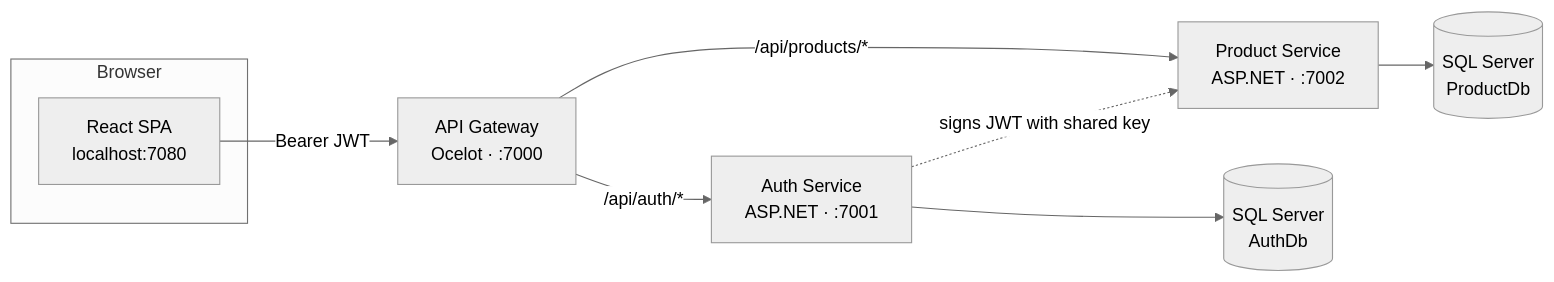
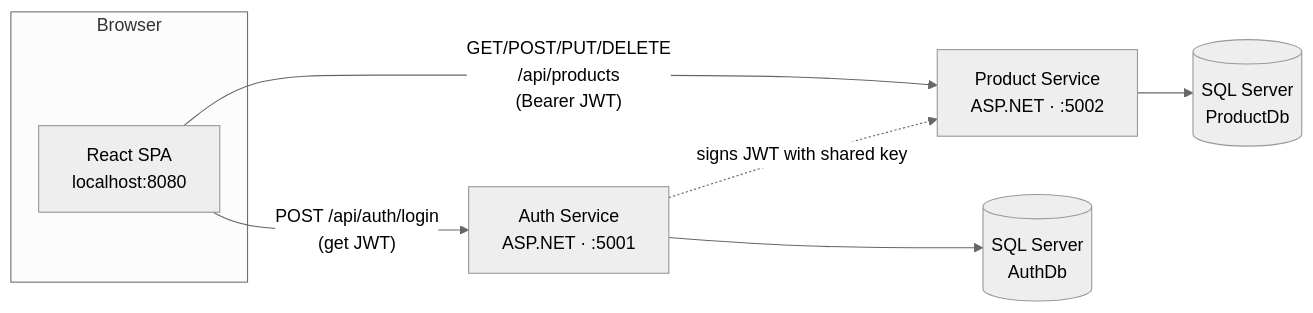
Before and after one commit to longndt/amd201: the diagram in Microservice_Docker_CICD/README.md, drawn with Mermaid (neutral theme). The commit also changed other lines of this file and 38 other files, not shown here.

````diff
--- a/Microservice_Docker_CICD/README.md
+++ b/Microservice_Docker_CICD/README.md
@@ -140,15 +121,14 @@
 ```mermaid
 flowchart LR
     subgraph Browser
-        UI[React SPA<br/>localhost:7080]
+        UI[React SPA<br/>localhost:8080]
     end
 
-    UI -- "Bearer JWT" --> GW[API Gateway<br/>Ocelot · :7000]
-    GW -- "/api/auth/*" --> AUTH[Auth Service<br/>ASP.NET · :7001]
-    GW -- "/api/products/*" --> PROD[Product Service<br/>ASP.NET · :7002]
+    UI -- "POST /api/auth/login<br/>(get JWT)" --> AUTH[Auth Service<br/>ASP.NET · :5001]
+    UI -- "GET/POST/PUT/DELETE<br/>/api/products<br/>(Bearer JWT)" --> PROD[Product Service<br/>ASP.NET · :5002]
 
     AUTH --> AUTHDB[(SQL Server<br/>AuthDb)]
     PROD --> PRODDB[(SQL Server<br/>ProductDb)]
 
     AUTH -. "signs JWT with shared key" .-> PROD
 ```
````
